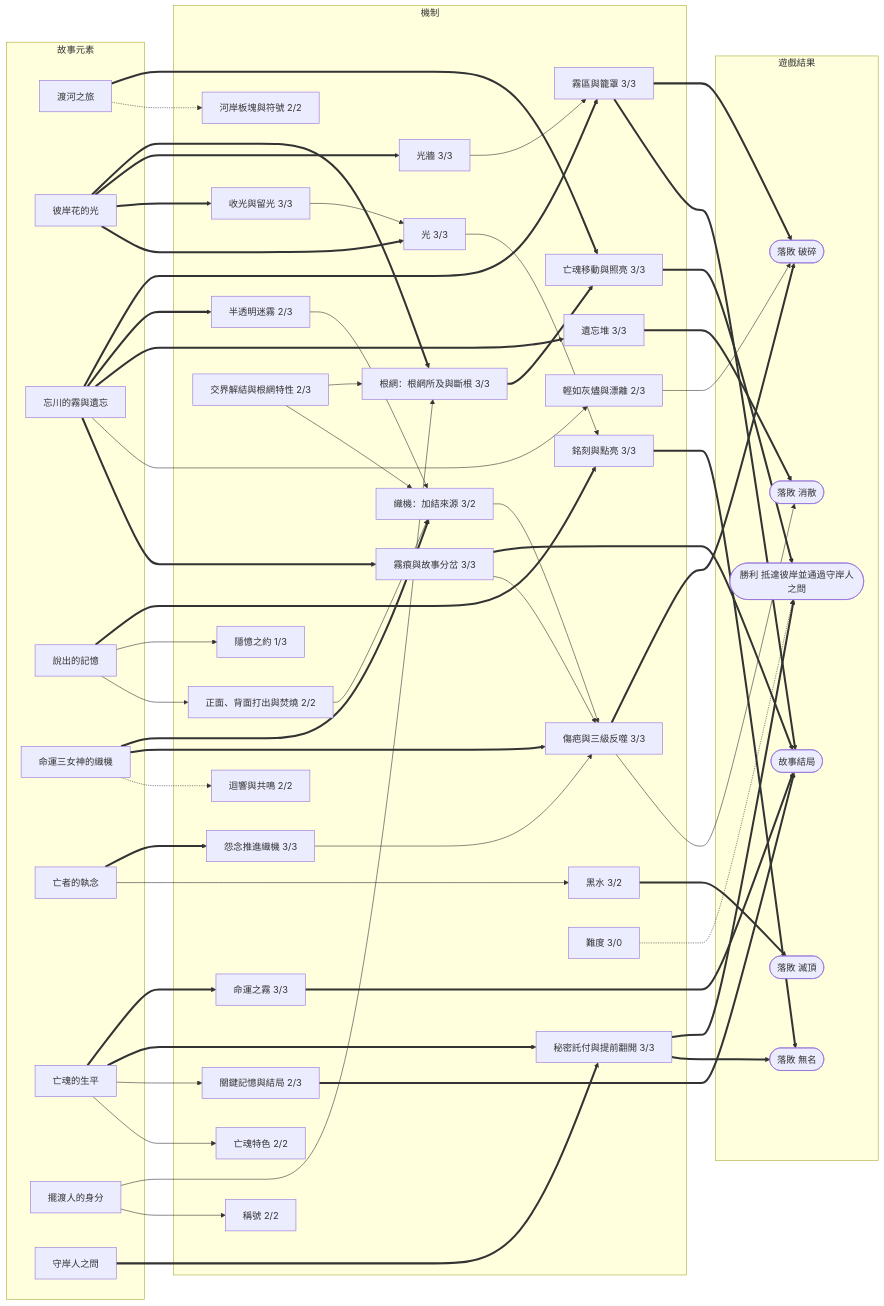
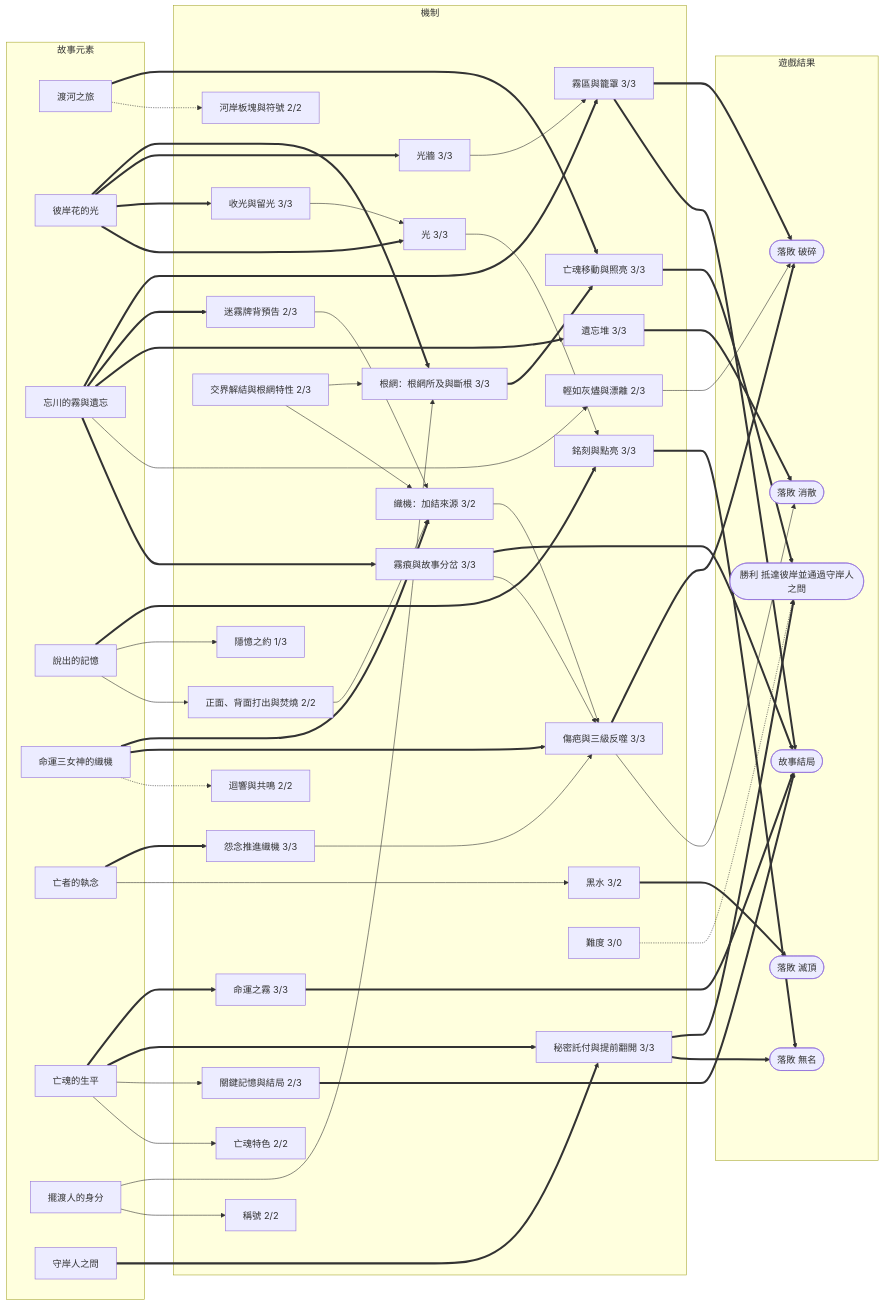
Before and after one commit to Ralph-Liu-Hub/Boardgame-Netherbloom: the second of 2 diagrams in docs/design/V5-proposal.zh-TW.md, drawn with Mermaid. The commit also changed other lines of this file, not shown here.

```diff
--- a/docs/design/V5-proposal.zh-TW.md
+++ b/docs/design/V5-proposal.zh-TW.md
@@ -337,7 +339,7 @@
     M8[河岸板塊與符號 2/2]
     M9[織機：加結來源 3/2]
     M10[傷疤與三級反噬 3/3]
-    M11[半透明迷霧 2/3]
+    M11[迷霧牌背預告 2/3]
     M12[遺忘堆 3/3]
     M13[輕如灰燼與漂離 2/3]
     M14[隱憶之約 1/3]
```
